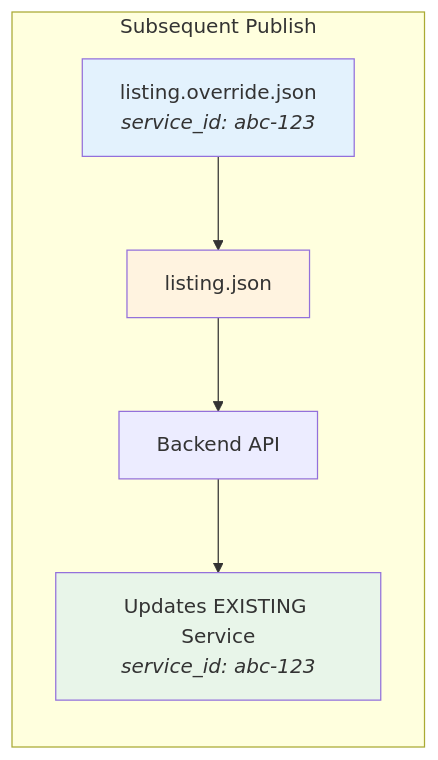
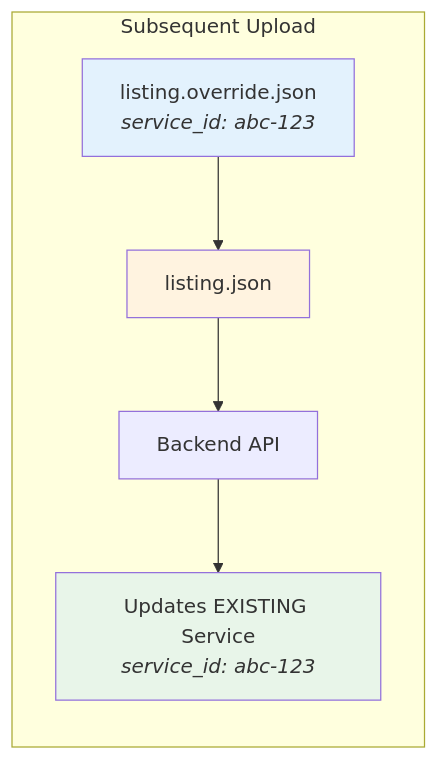
One commit to unitysvc/unitysvc-services changed the fourth of 4 diagrams in docs/data-structure.md. Above: the diagram before and after it, drawn with Mermaid. The commit also changed other lines of this file and 19 other files, not shown here.

````diff
--- a/docs/data-structure.md
+++ b/docs/data-structure.md
@@ -141,12 +143,12 @@
 ```mermaid
 flowchart LR
-    subgraph Update["Subsequent Publish"]
+    subgraph Update["Subsequent Upload"]
         O2["listing.override.json<br/><i>service_id: abc-123</i>"] --> L2["listing.json"]
         L2 --> API2[Backend API]
         API2 --> S2["Updates EXISTING Service<br/><i>service_id: abc-123</i>"]
     end
 
     style O2 fill:#e3f2fd
     style L2 fill:#fff3e0
     style S2 fill:#e8f5e9
 ```
````
